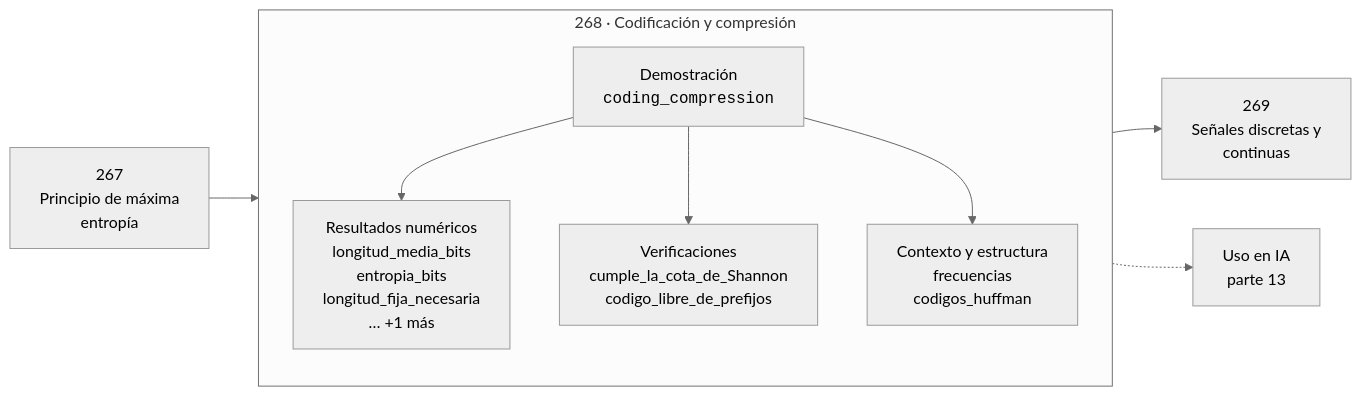
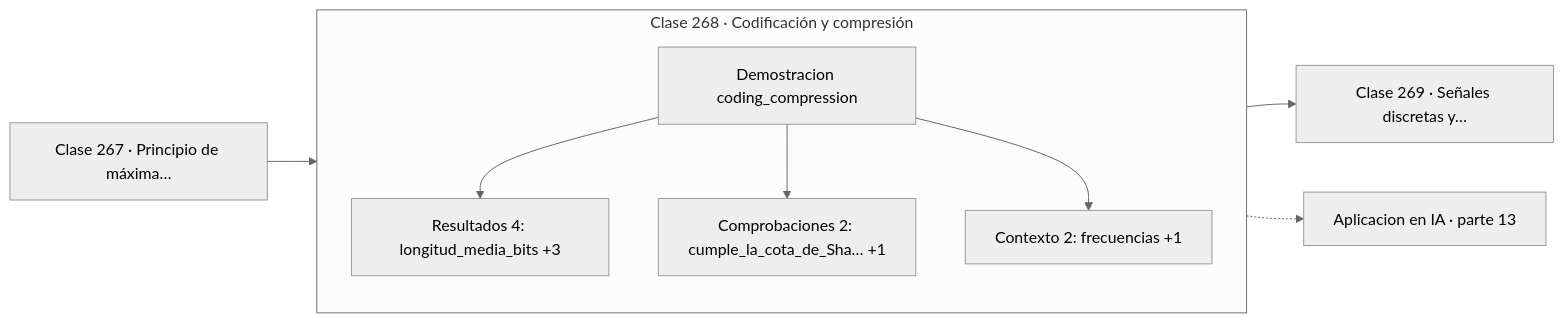
The diagram in classes/part-13-teoria-de-la-informacion-senales-y-series/268-codificacion-y-compresion/README.md (vladimiracunadev-create/computational-mathematics-program), drawn with Mermaid (neutral theme) before and after one commit. The commit also changed 389 other files, not shown here.

First line of the commit message:
fix(diagramas): elimina el HTML de las etiquetas Mermaid

````diff
--- a/classes/part-13-teoria-de-la-informacion-senales-y-series/268-codificacion-y-compresion/README.md
+++ b/classes/part-13-teoria-de-la-informacion-senales-y-series/268-codificacion-y-compresion/README.md
@@ -30,12 +30,13 @@
 ```mermaid
 flowchart LR
-    P["267<br/>Principio de máxima<br/>entropía"] --> C
-    subgraph C["268 · Codificación y compresión"]
+    P["Clase 267 · Principio de máxima…"] --> D
+    subgraph CLASE["Clase 268 · Codificación y compresión"]
         direction TB
-        D["Demostración<br/><code>coding_compression</code>"] --> R["Resultados numéricos<br/>longitud_media_bits<br/>entropia_bits<br/>longitud_fija_necesaria<br/>… +1 más"]
-        D --> V["Verificaciones<br/>cumple_la_cota_de_Shannon<br/>codigo_libre_de_prefijos"]
-        D --> O["Contexto y estructura<br/>frecuencias<br/>codigos_huffman"]
+        D["Demostracion coding_compression"]
+        D --> R["Resultados 4: longitud_media_bits +3"]
+        D --> V["Comprobaciones 2: cumple_la_cota_de_Sha… +1"]
+        D --> O["Contexto 2: frecuencias +1"]
     end
-    C --> N["269<br/>Señales discretas y<br/>continuas"]
-    C -.-> IA["Uso en IA<br/>parte 13"]
+    R --> N["Clase 269 · Señales discretas y…"]
+    V -.-> IA["Aplicacion en IA · parte 13"]
 ```
````
